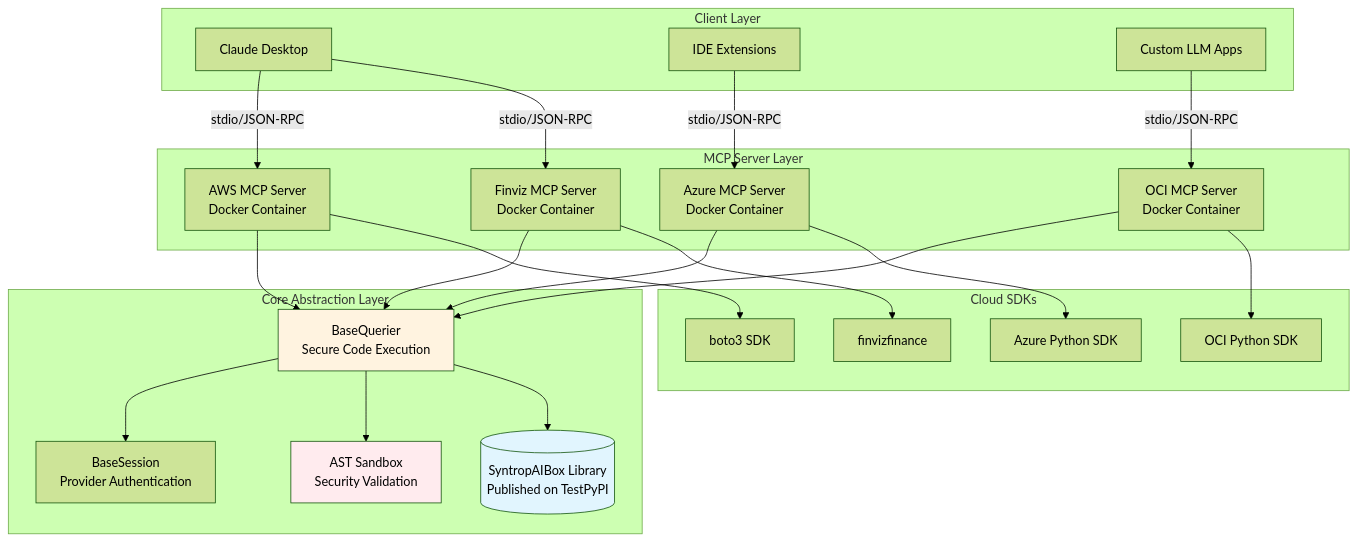
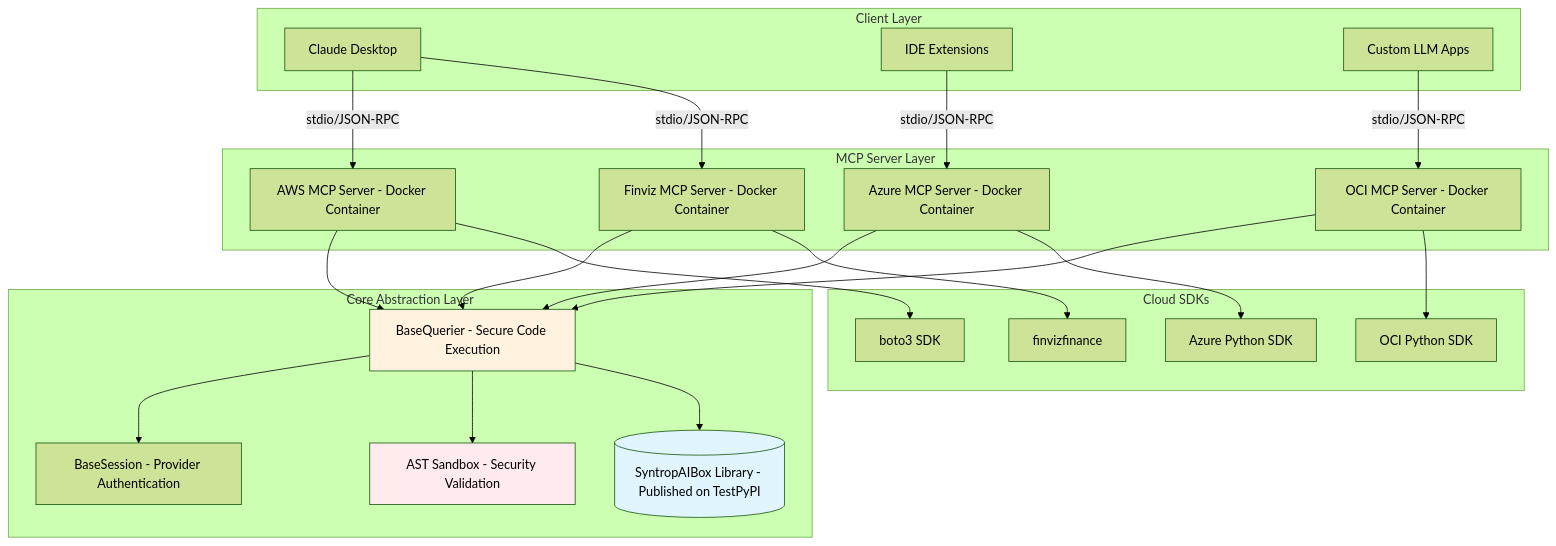
The second of 8 diagrams in ARCHITECTURE.md (paihari/documentation-syntropai), drawn with Mermaid (forest theme) before and after one commit. The commit also changed other lines of this file, not shown here.

First line of the commit message:
Fix all Mermaid diagram rendering issues

````diff
--- a/ARCHITECTURE.md
+++ b/ARCHITECTURE.md
@@ -34,52 +34,52 @@
 ```mermaid
 graph TB
     subgraph "Client Layer"
         Claude[Claude Desktop]
         IDE[IDE Extensions]
         Custom[Custom LLM Apps]
     end
     
     subgraph "MCP Server Layer"
-        AWSServer[AWS MCP Server<br/>Docker Container]
-        AzureServer[Azure MCP Server<br/>Docker Container]
-        OCIServer[OCI MCP Server<br/>Docker Container]
-        FinvizServer[Finviz MCP Server<br/>Docker Container]
+        AWSServer[AWS MCP Server - Docker Container]
+        AzureServer[Azure MCP Server - Docker Container]
+        OCIServer[OCI MCP Server - Docker Container]
+        FinvizServer[Finviz MCP Server - Docker Container]
     end
     
     subgraph "Core Abstraction Layer"
-        BaseQuerier[BaseQuerier<br/>Secure Code Execution]
-        BaseSession[BaseSession<br/>Provider Authentication]
-        Sandbox[AST Sandbox<br/>Security Validation]
-        SyntropAIBox[(SyntropAIBox Library<br/>Published on TestPyPI)]
+        BaseQuerier[BaseQuerier - Secure Code Execution]
+        BaseSession[BaseSession - Provider Authentication]
+        Sandbox[AST Sandbox - Security Validation]
+        SyntropAIBox[(SyntropAIBox Library - Published on TestPyPI)]
     end
     
     subgraph "Cloud SDKs"
         Boto3[boto3 SDK]
         AzureSDK[Azure Python SDK]
         OCISDK[OCI Python SDK]
         FinvizSDK[finvizfinance]
     end
     
     Claude -->|stdio/JSON-RPC| AWSServer
     IDE -->|stdio/JSON-RPC| AzureServer
     Custom -->|stdio/JSON-RPC| OCIServer
     Claude -->|stdio/JSON-RPC| FinvizServer
     
     AWSServer --> BaseQuerier
     AzureServer --> BaseQuerier
     OCIServer --> BaseQuerier
     FinvizServer --> BaseQuerier
     
     BaseQuerier --> BaseSession
     BaseQuerier --> Sandbox
     BaseQuerier --> SyntropAIBox
     
     AWSServer --> Boto3
     AzureServer --> AzureSDK
     OCIServer --> OCISDK
     FinvizServer --> FinvizSDK
     
     style SyntropAIBox fill:#e1f5fe
     style BaseQuerier fill:#fff3e0
     style Sandbox fill:#ffebee
 ```
````
